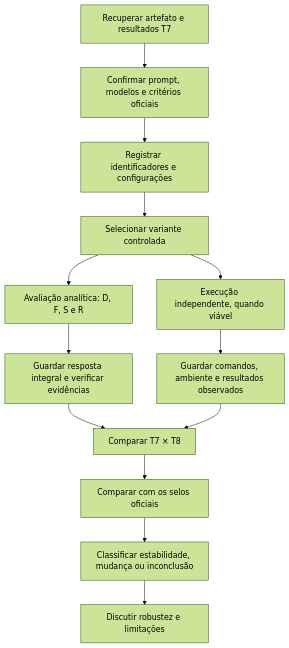
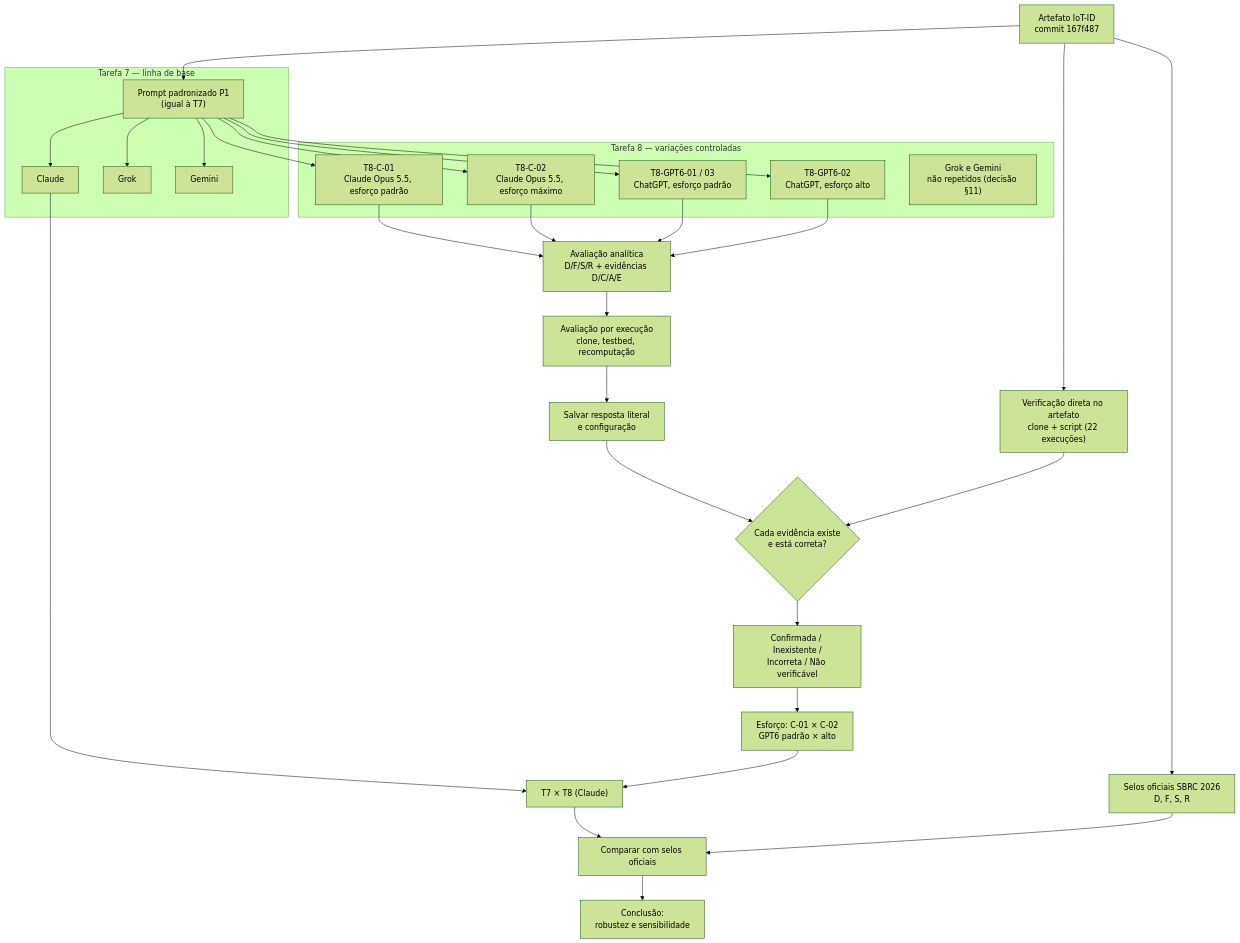
One commit to mariadlribeiro/artefatos-atividade-7 changed the diagram in docs/tarefa8/FLUXOGRAMA_T8.md. Above: the diagram before and after it, drawn with Mermaid (forest theme). The commit also changed other lines of this file and 12 other files, not shown here.

First line of the commit message:
docs(tarefa8): relatório final da T8 (Claude padrão x máximo, ChatGPT, comparação T7 x T8)

````diff
--- a/docs/tarefa8/FLUXOGRAMA_T8.md
+++ b/docs/tarefa8/FLUXOGRAMA_T8.md
@@ -3,15 +5,35 @@
 ```mermaid
 flowchart TD
-    A["Recuperar artefato e resultados T7"] --> B["Confirmar prompt, modelos e critérios oficiais"]
-    B --> C["Registrar identificadores e configurações"]
-    C --> D["Selecionar variante controlada"]
-    D --> E["Avaliação analítica: D, F, S e R"]
-    D --> F["Execução independente, quando viável"]
-    E --> G["Guardar resposta integral e verificar evidências"]
-    F --> H["Guardar comandos, ambiente e resultados observados"]
-    G --> I["Comparar T7 × T8"]
-    H --> I
-    I --> J["Comparar com os selos oficiais"]
-    J --> K["Classificar estabilidade, mudança ou inconclusão"]
-    K --> L["Discutir robustez e limitações"]
+    A["Artefato IoT-ID<br/>commit 167f487"] --> B["Selos oficiais SBRC 2026<br/>D, F, S, R"]
+    A --> P["Prompt padronizado P1<br/>(igual à T7)"]
+
+    subgraph T7["Tarefa 7 — linha de base"]
+        P --> T7C["Claude"]
+        P --> T7G["Grok"]
+        P --> T7M["Gemini"]
+    end
+
+    subgraph T8["Tarefa 8 — variações controladas"]
+        P --> C1["T8-C-01<br/>Claude Opus 5.5, esforço padrão"]
+        P --> C2["T8-C-02<br/>Claude Opus 5.5, esforço máximo"]
+        P --> G1["T8-GPT6-01 / 03<br/>ChatGPT, esforço padrão"]
+        P --> G2["T8-GPT6-02<br/>ChatGPT, esforço alto"]
+        X["Grok e Gemini<br/>não repetidos (decisão §11)"]
+    end
+
+    C1 & C2 & G1 & G2 --> AN["Avaliação analítica<br/>D/F/S/R + evidências D/C/A/E"]
+    AN --> EX["Avaliação por execução<br/>clone, testbed, recomputação"]
+    EX --> RAW["Salvar resposta literal<br/>e configuração"]
+
+    A --> VER["Verificação direta no artefato<br/>clone + script (22 execuções)"]
+    RAW --> CHK{"Cada evidência existe<br/>e está correta?"}
+    VER --> CHK
+    CHK --> CLS["Confirmada / Inexistente /<br/>Incorreta / Não verificável"]
+
+    CLS --> CMP1["Esforço: C-01 × C-02<br/>GPT6 padrão × alto"]
+    T7C --> CMP2
+    CMP1 --> CMP2["T7 × T8 (Claude)"]
+    CMP2 --> CMP3["Comparar com selos oficiais"]
+    B --> CMP3
+    CMP3 --> CONC["Conclusão:<br/>robustez e sensibilidade"]
 ```
````
